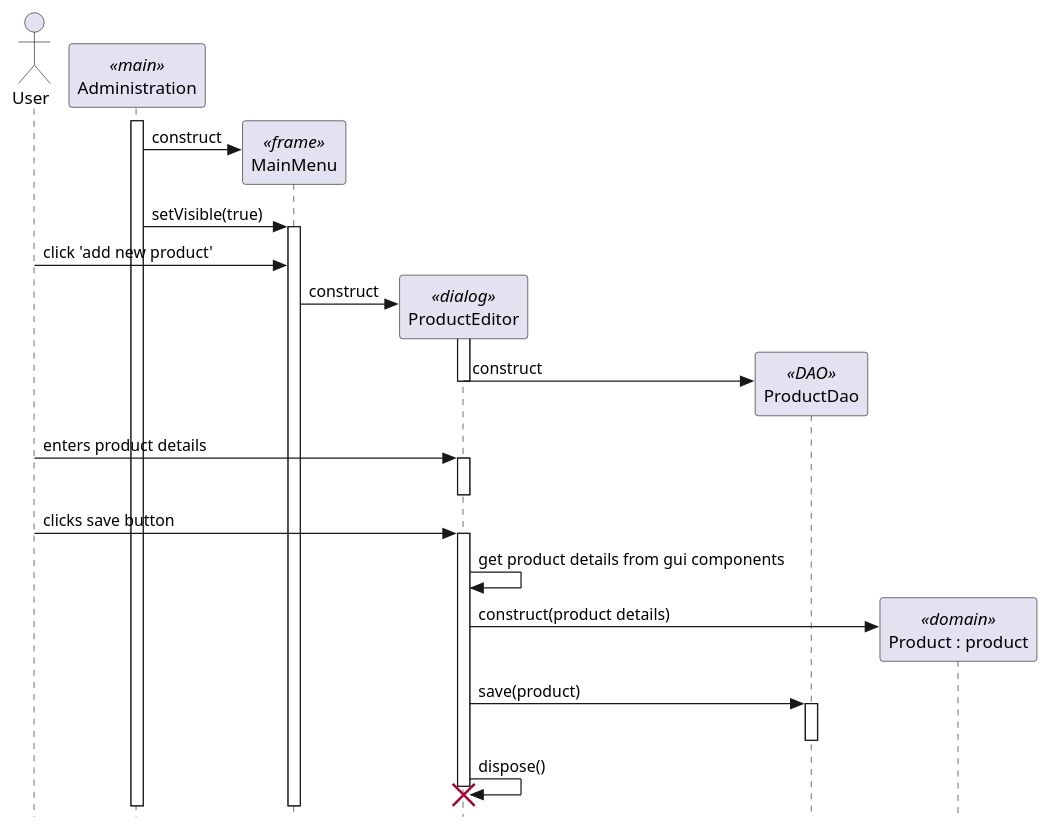
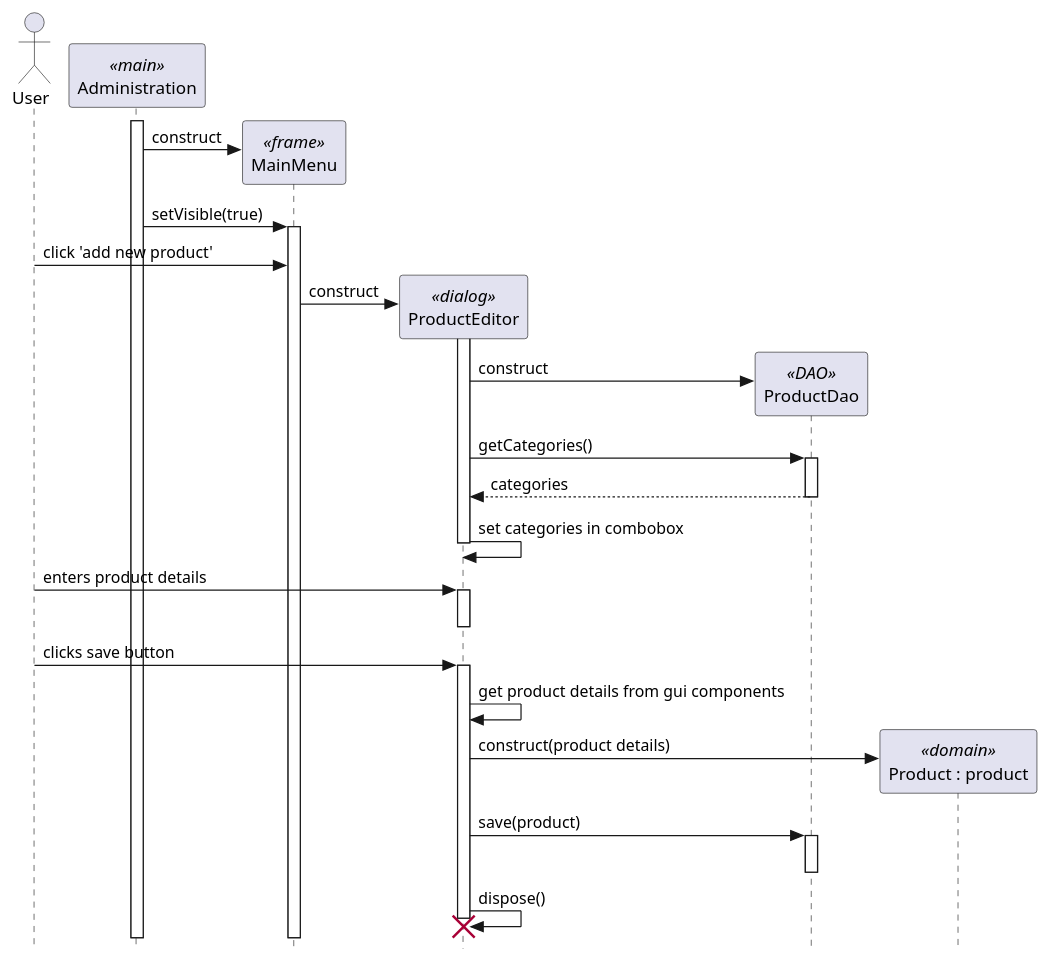
The diagram in addNewProduct.puml (ahudson20/INFO202), drawn with PlantUML before and after one commit.

Commit message:
Updated addNewProduct to show the loading of categories into the combobox. References #6

```diff
--- a/addNewProduct.puml
+++ b/addNewProduct.puml
@@ -1,46 +1,52 @@
 @startuml
 ' use strict UML mode
 skinparam style strictuml
 
 actor "User" as user
 
 participant "Administration" as main <<main>>
 main++
 
 create "MainMenu" as menu <<frame>>
 main -> menu : construct
 main -> menu++ : setVisible(true)
 
 user -> menu : click 'add new product'
 
 create "ProductEditor" as editor <<dialog>>
 menu -> editor : construct
 
 ' activate Product editor constructor
 editor++
 
 ' create a DAO
 create "ProductDao" as dao <<DAO>>
 editor -> dao : construct 
+
+'getting categories for combobox from dao
+editor -> dao++ : getCategories()
+return categories
+dao--
+editor -> editor : set categories in combobox
 editor--
 
 ' user enters product details and clicks the save product button
 user -> editor++ : enters product details
 editor--
 
 user -> editor++ : clicks save button
 editor -> editor : get product details from gui components
 
 create "Product : product" as product <<domain>>
 editor -> product : construct(product details)
 
 ' save product
 editor -> dao++ : save(product)
 dao--
 
 'dispose dialog
 editor -> editor : dispose()
 
 destroy editor
 
 @enduml
```
